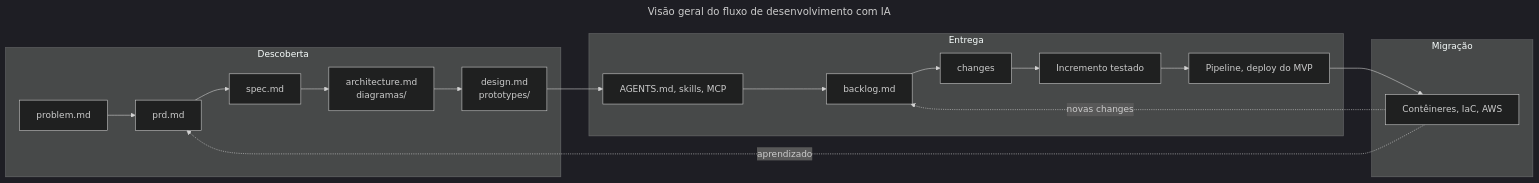
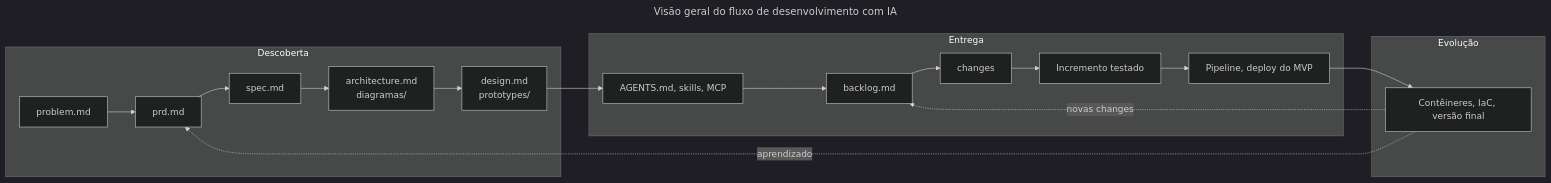
Before and after one commit to valuedriven/devai: the diagram in .fluxo/roteiro_geral.md, drawn with Mermaid (dark theme). The commit also changed other lines of this file and 7 other files, not shown here.

First line of the commit message:
feat: add evolution roadmap and migration strategy post-MVP

````diff
--- a/.fluxo/roteiro_geral.md
+++ b/.fluxo/roteiro_geral.md
@@ -7,29 +7,29 @@
 ```mermaid
 ---
 title: Visão geral do fluxo de desenvolvimento com IA
 ---
 graph LR
 
     subgraph Discovery["Descoberta"]
         P[problem.md] --> PRD[prd.md]
         PRD --> S[spec.md]
         S --> A["architecture.md<br/>diagramas/"]
         A --> D["design.md<br/>prototypes/"]
     end
 
     subgraph Delivery["Entrega"]
         H[AGENTS.md, skills, MCP] --> B[backlog.md]
         B --> C[changes]
         C --> I[Incremento testado]
         I --> L[Pipeline, deploy do MVP]
     end
 
-    subgraph Migracao["Migração"]
-        M[Contêineres, IaC, AWS]
+    subgraph Evolucao["Evolução"]
+        M[Contêineres, IaC, versão final]
     end
 
     D --> H
     L --> M
     M -. aprendizado .-> PRD
     M -. novas changes .-> B
 ```
````
